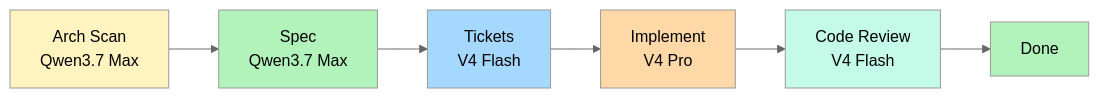
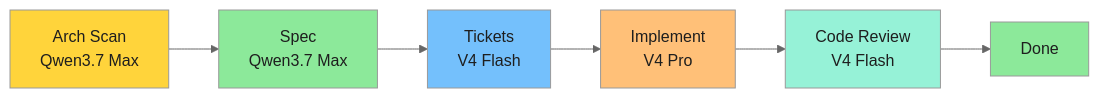
The fourth of 5 diagrams in README.md (elisharkray1030/ai-coding-workflow), drawn with Mermaid (neutral theme) before and after one commit. The commit also changed other lines of this file, not shown here.

First line of the commit message:
humanize: strip AI-isms, fix diagram readability, add doc pipeline

````diff
--- a/README.md
+++ b/README.md
@@ -74,15 +74,15 @@
 ```mermaid
 graph LR
     AS[Arch Scan<br/>Qwen3.7 Max] --> SP[Spec<br/>Qwen3.7 Max]
     SP --> TK[Tickets<br/>V4 Flash]
     TK --> IM[Implement<br/>V4 Pro]
     IM --> CR[Code Review<br/>V4 Flash]
     CR --> DN[Done]
 
-    style AS fill:#fff3bf
-    style SP fill:#b2f2bb
-    style TK fill:#a5d8ff
-    style IM fill:#ffd8a8
-    style CR fill:#c3fae8
-    style DN fill:#b2f2bb
+    style AS fill:#ffd43b,color:#1e1e1e
+    style SP fill:#8ce99a,color:#1e1e1e
+    style TK fill:#74c0fc,color:#1e1e1e
+    style IM fill:#ffc078,color:#1e1e1e
+    style CR fill:#96f2d7,color:#1e1e1e
+    style DN fill:#8ce99a,color:#1e1e1e
 ```
````
